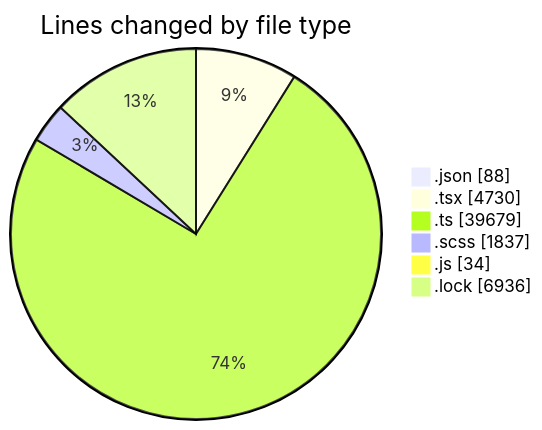
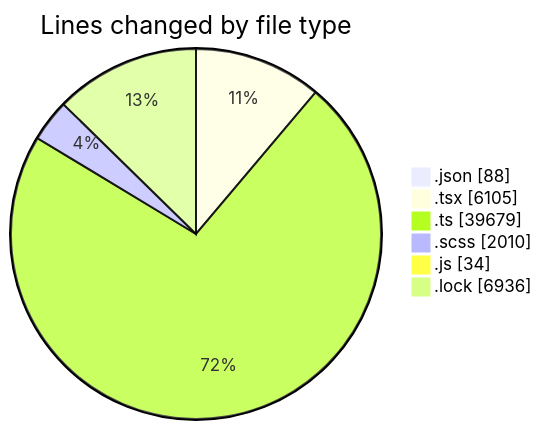
The first of 2 diagrams in 2026-10-22/cda/README.md (momahboobian/code-tracking), drawn with Mermaid before and after one commit. The commit also changed other lines of this file and 1 other file, not shown here.

````diff
--- a/2026-10-22/cda/README.md
+++ b/2026-10-22/cda/README.md
@@ -51,10 +57,10 @@
 ```mermaid
 pie showData
 title Lines changed by file type
 ".json" : 88
-".tsx" : 4730
+".tsx" : 6105
 ".ts" : 39679
-".scss" : 1837
+".scss" : 2010
 ".js" : 34
 ".lock" : 6936
 ```
````
